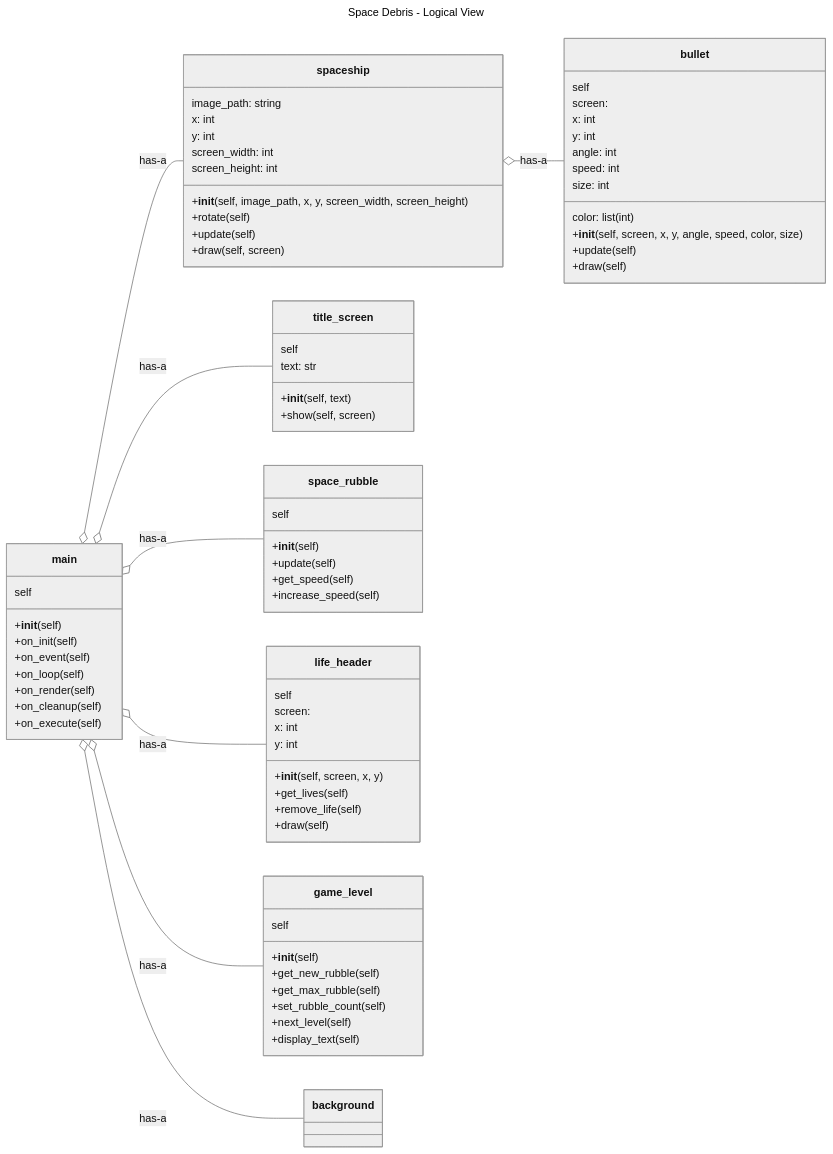
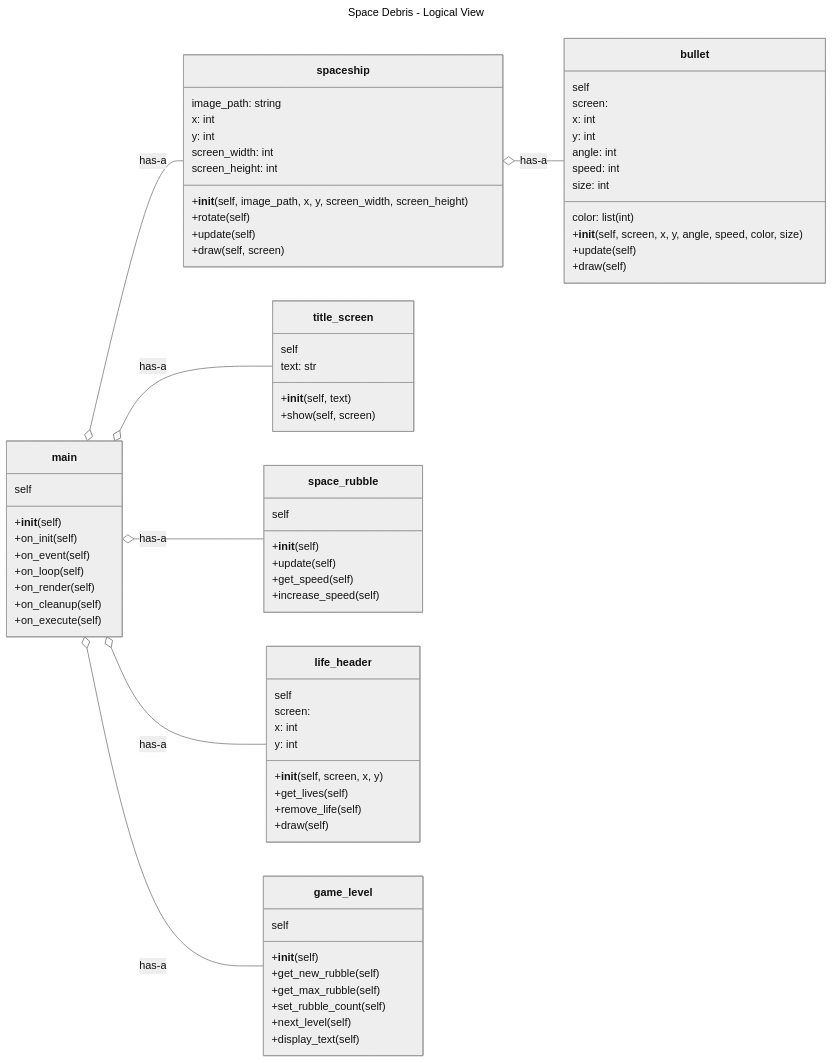
Before and after one commit to mmehta2669/Final_Project_Group_2: the first of 3 diagrams in README.md, drawn with Mermaid (neutral theme).

```diff
--- a/README.md
+++ b/README.md
@@ -93,7 +93,6 @@
  main o-- spaceship : has-a
  main o-- space_rubble : has-a
  main o-- title_screen : has-a
- main o-- background : has-a
  main o-- life_header: has-a
  main o-- game_level: has-a
  spaceship o-- bullet : has-a
```
